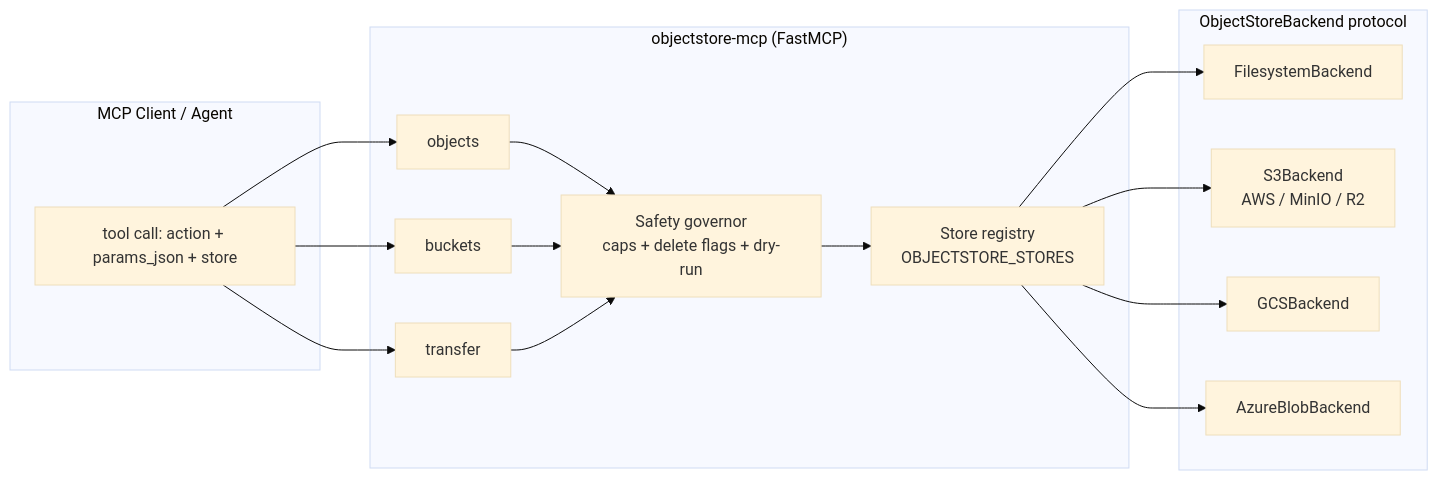
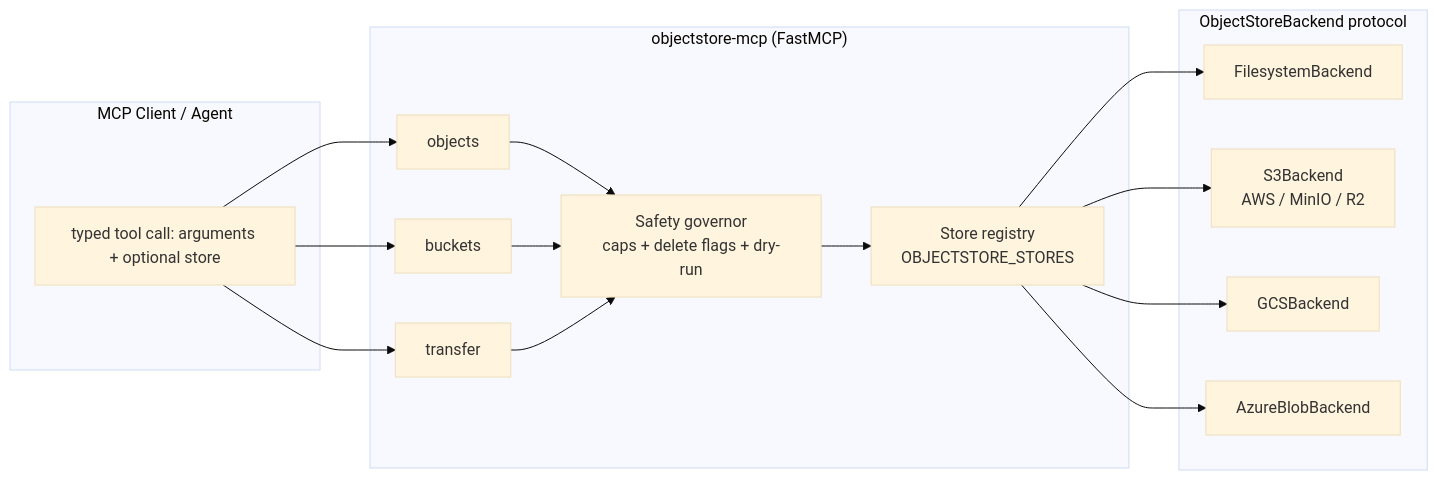
Before and after one commit to Knuckles-Team/objectstore-mcp: the diagram in docs/architecture.md, drawn with Mermaid (base theme). The commit also changed other lines of this file and 42 other files, not shown here.

First line of the commit message:
feat: typed tool surface, S3 lifecycle and the business asset store; release 2.5.0 (#29)

````diff
--- a/docs/architecture.md
+++ b/docs/architecture.md
@@ -3,33 +3,33 @@
 ```mermaid
 flowchart LR
     subgraph client["MCP Client / Agent"]
-        A["tool call: action + params_json + store"]
+        A["typed tool call: arguments + optional store"]
     end
 
     subgraph server["objectstore-mcp (FastMCP)"]
         T1[objects]
         T2[buckets]
         T3[transfer]
         SG["Safety governor<br/>caps + delete flags + dry-run"]
         REG["Store registry<br/>OBJECTSTORE_STORES"]
     end
 
     subgraph backends["ObjectStoreBackend protocol"]
         FS[FilesystemBackend]
         S3["S3Backend<br/>AWS / MinIO / R2"]
         GCS[GCSBackend]
         AZ[AzureBlobBackend]
     end
 
     A --> T1
     A --> T2
     A --> T3
     T1 --> SG
     T2 --> SG
     T3 --> SG
     SG --> REG
     REG --> FS
     REG --> S3
     REG --> GCS
     REG --> AZ
 ```
````
